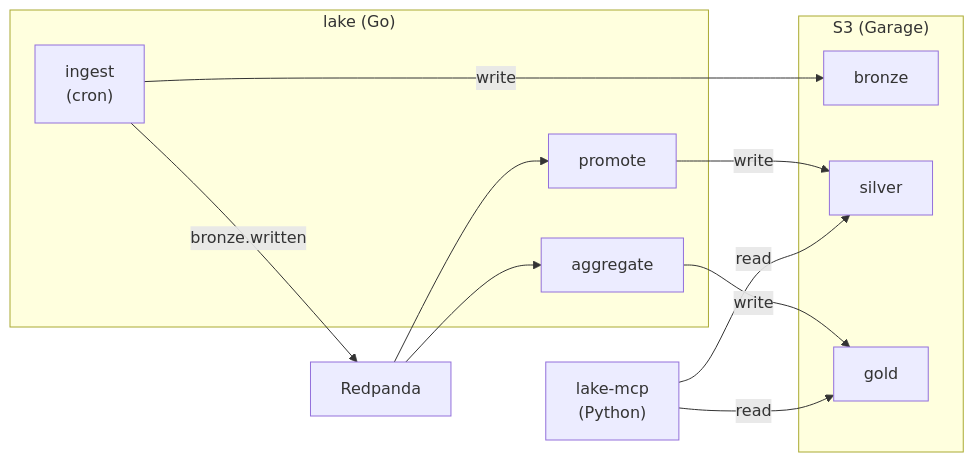
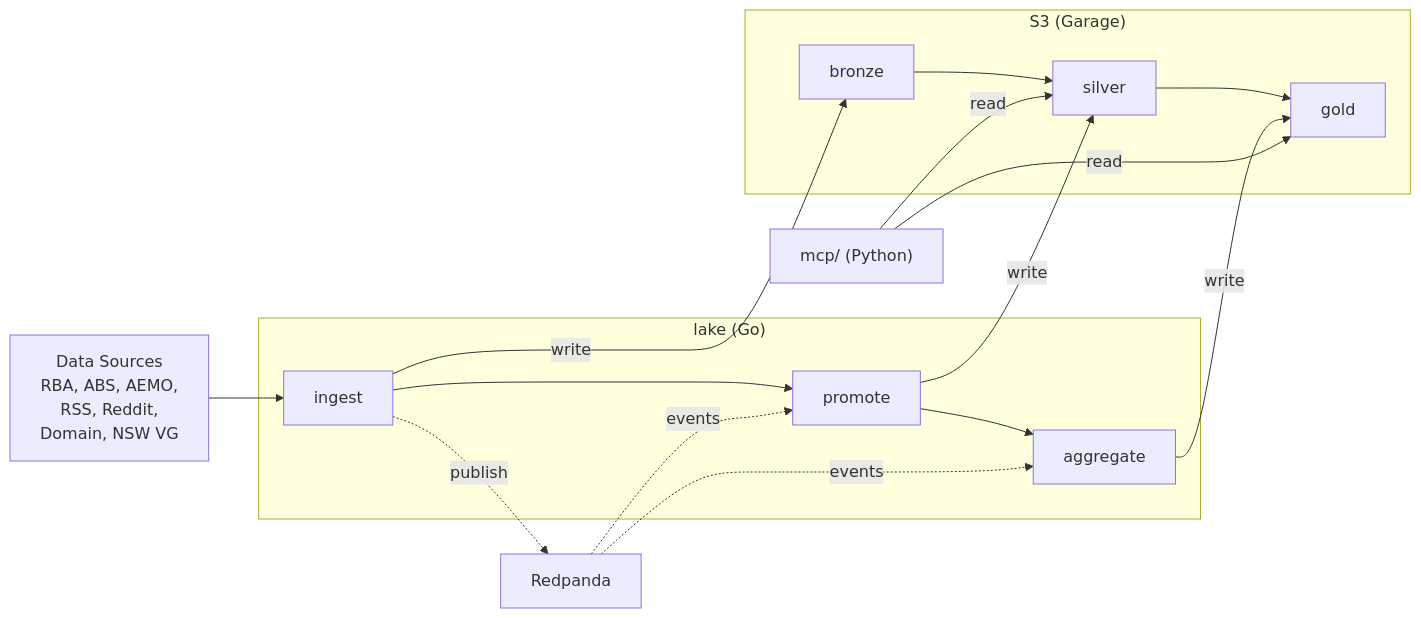
The diagram in lake/README.md (solanyn/mono), drawn with Mermaid before and after one commit. The commit also changed other lines of this file and 70 other files, not shown here.

First line of the commit message:
chore: restructure monorepo — move lake-mcp, scrib-audio; rewrite READMEs

````diff
--- a/lake/README.md
+++ b/lake/README.md
@@ -7,26 +5,18 @@
 ```mermaid
 graph LR
+    sources["Data Sources<br/>RBA, ABS, AEMO,<br/>RSS, Reddit,<br/>Domain, NSW VG"] --> ingest
     subgraph lake["lake (Go)"]
-        ingest["ingest<br/>(cron)"]
-        promote["promote"]
-        aggregate["aggregate"]
+        ingest --> promote --> aggregate
     end
-
     subgraph s3["S3 (Garage)"]
-        bronze["bronze"]
-        silver["silver"]
-        gold["gold"]
+        bronze --> silver --> gold
     end
-
-    redpanda["Redpanda"]
-    lakemcp["lake-mcp<br/>(Python)"]
-
     ingest -->|write| bronze
-    ingest -->|bronze.written| redpanda
-    redpanda --> promote
     promote -->|write| silver
-    redpanda --> aggregate
     aggregate -->|write| gold
-    lakemcp -->|read| silver
-    lakemcp -->|read| gold
+    redpanda["Redpanda"] -.->|events| promote
+    redpanda -.->|events| aggregate
+    ingest -.->|publish| redpanda
+    mcp["mcp/ (Python)"] -->|read| silver
+    mcp -->|read| gold
 ```
````
